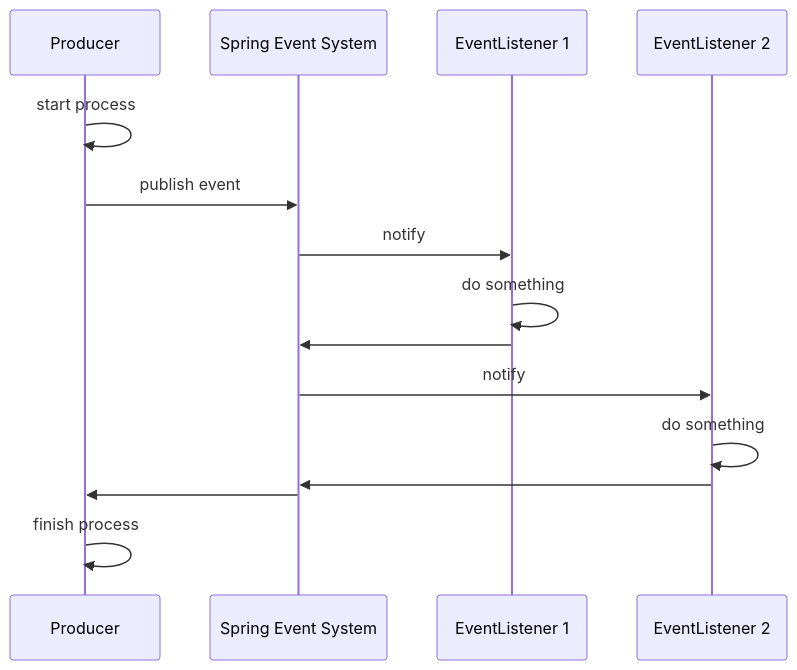
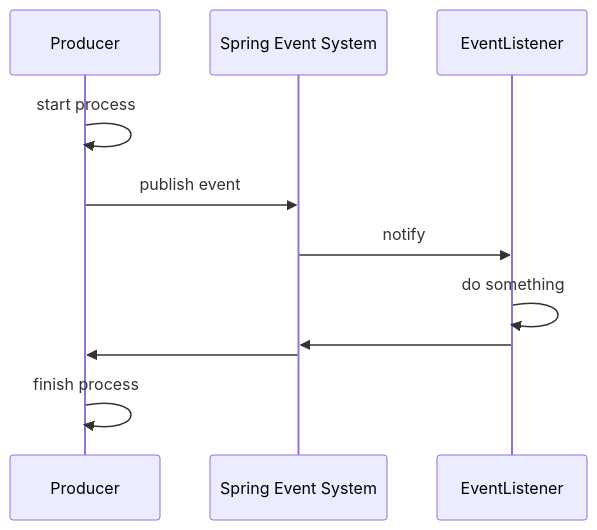
One commit to godisren/edd-spring-modulith-event changed the first of 12 diagrams in slide/edd-slide.md. Above: the diagram before and after it, drawn with Mermaid. The commit also changed other lines of this file and 1 other file, not shown here.

````diff
--- a/slide/edd-slide.md
+++ b/slide/edd-slide.md
@@ -205,19 +206,15 @@
 ```mermaid
 %%| fig-height: 6
 sequenceDiagram
     participant Producer
     participant Broker as Spring Event System
-    participant EventListener as EventListener 1
-    participant EventListener2 as EventListener 2
+    participant EventListener as EventListener
 
     Producer->>Producer : start process
     Producer->>Broker: publish event
     Broker->>EventListener: notify
     EventListener->>EventListener: do something
     EventListener->>Broker: 
-    Broker->>EventListener2: notify
-    EventListener2->>EventListener2: do something
-    EventListener2->>Broker: 
     Broker->>Producer: 
     Producer->>Producer : finish process
 ```
````
